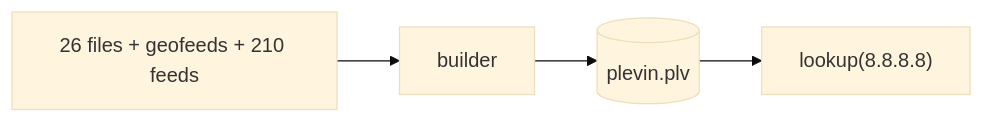
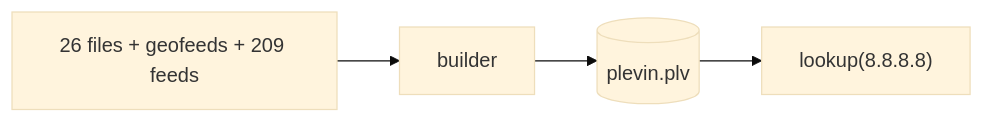
The first of 5 diagrams in builder/README.md (tn3w/plevin), drawn with Mermaid (base theme) before and after one commit. The commit also changed other lines of this file and 34 other files, not shown here.

````diff
--- a/builder/README.md
+++ b/builder/README.md
@@ -21,4 +21,4 @@
 ```mermaid
 flowchart LR
-    S["26 files + geofeeds + 210 feeds"] --> B[builder] --> D[("plevin.plv")] --> Q["lookup(8.8.8.8)"]
+    S["26 files + geofeeds + 209 feeds"] --> B[builder] --> D[("plevin.plv")] --> Q["lookup(8.8.8.8)"]
 ```
````
